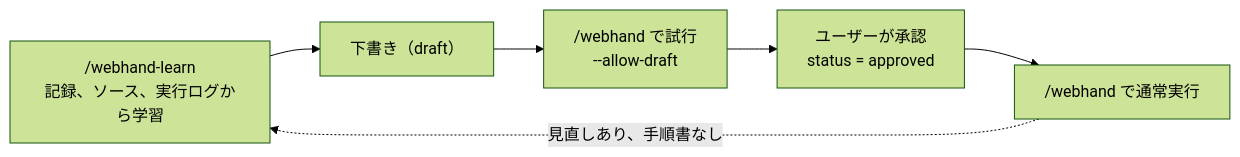
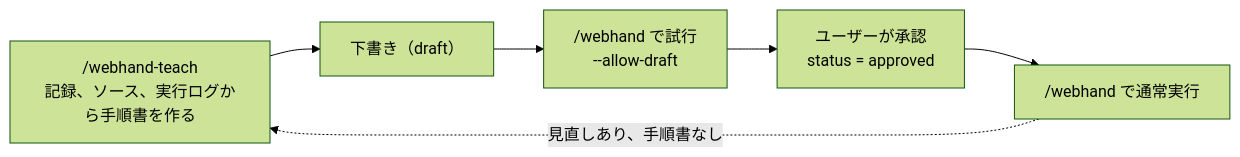
Before and after one commit to sakamoto66/webhand: the diagram in docs/usage.ja.md, drawn with Mermaid (forest theme). The commit also changed other lines of this file and 42 other files, not shown here.

First line of the commit message:
refactor: replace learn/knowledge wording with teach, record, and memory

````diff
--- a/docs/usage.ja.md
+++ b/docs/usage.ja.md
@@ -72,8 +72,8 @@
 ```mermaid
 flowchart LR
-  L["/webhand-learn<br>記録、ソース、実行ログから学習"] --> D["下書き（draft）"]
+  L["/webhand-teach<br>記録、ソース、実行ログから手順書を作る"] --> D["下書き（draft）"]
   D --> T["/webhand で試行<br>--allow-draft"]
   T --> A["ユーザーが承認<br>status = approved"]
   A --> R["/webhand で通常実行"]
   R -.->|見直しあり、手順書なし| L
 ```
````
